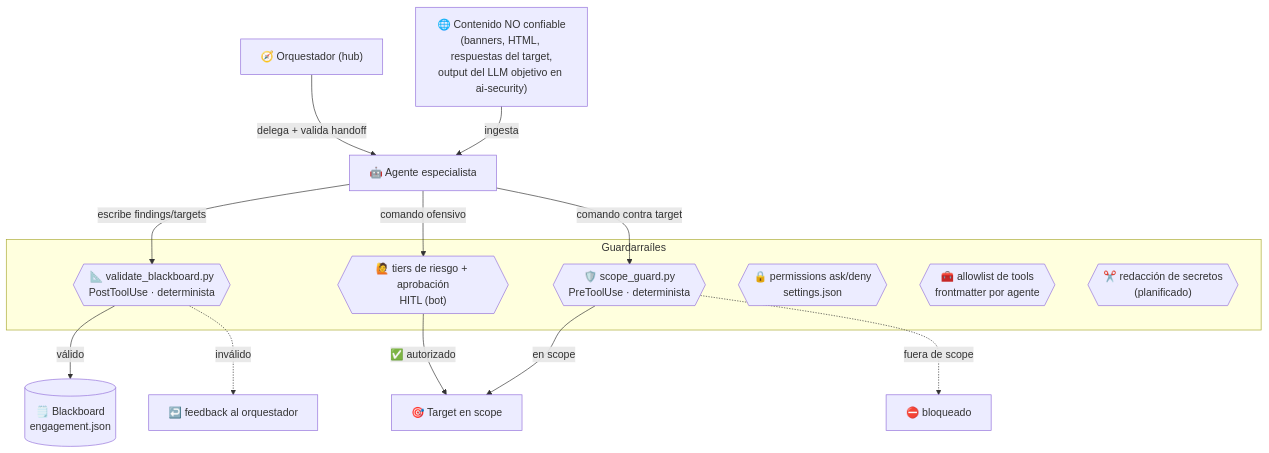
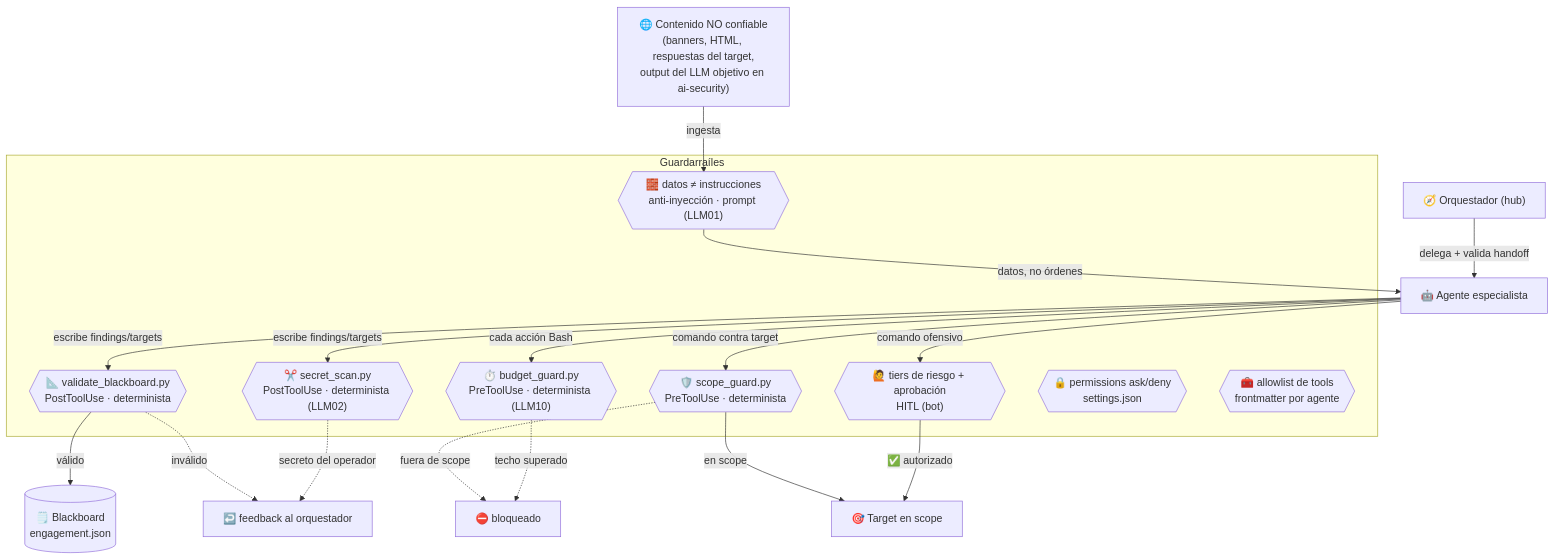
Before and after one commit to devPruebaDataunix/Data-Attack-Offensive-Tools: the diagram in GUARDRAILS.md, drawn with Mermaid. The commit also changed other lines of this file and 39 other files, not shown here.

````diff
--- a/GUARDRAILS.md
+++ b/GUARDRAILS.md
@@ -18,29 +18,36 @@
 ```mermaid
 flowchart TB
     UNTRUSTED["🌐 Contenido NO confiable<br/>(banners, HTML, respuestas del target,<br/>output del LLM objetivo en ai-security)"]
     AGENT["🤖 Agente especialista"]
     ORQ["🧭 Orquestador (hub)"]
     BB[("🗒️ Blackboard<br/>engagement.json")]
     TARGET["🎯 Target en scope"]
 
-    UNTRUSTED -->|ingesta| AGENT
+    UNTRUSTED -->|ingesta| G_INJECT
+    G_INJECT -->|datos, no órdenes| AGENT
     ORQ -->|delega + valida handoff| AGENT
     AGENT -->|escribe findings/targets| G_SCHEMA
+    AGENT -->|escribe findings/targets| G_REDACT
+    AGENT -->|cada acción Bash| G_BUDGET
     AGENT -->|comando contra target| G_SCOPE
     AGENT -->|comando ofensivo| G_HITL
 
     subgraph GATES["Guardarraíles"]
+        G_INJECT{{"🧱 datos ≠ instrucciones<br/>anti-inyección · prompt (LLM01)"}}
         G_SCOPE{{"🛡️ scope_guard.py<br/>PreToolUse · determinista"}}
+        G_BUDGET{{"⏱️ budget_guard.py<br/>PreToolUse · determinista (LLM10)"}}
         G_HITL{{"🙋 tiers de riesgo + aprobación<br/>HITL (bot)"}}
         G_PERM{{"🔒 permissions ask/deny<br/>settings.json"}}
         G_TOOLS{{"🧰 allowlist de tools<br/>frontmatter por agente"}}
         G_SCHEMA{{"📐 validate_blackboard.py<br/>PostToolUse · determinista"}}
-        G_REDACT{{"✂️ redacción de secretos<br/>(planificado)"}}
+        G_REDACT{{"✂️ secret_scan.py<br/>PostToolUse · determinista (LLM02)"}}
     end
 
     G_SCOPE -->|en scope| TARGET
     G_SCOPE -.->|fuera de scope| BLOCK["⛔ bloqueado"]
+    G_BUDGET -.->|techo superado| BLOCK
     G_HITL -->|✅ autorizado| TARGET
     G_SCHEMA -->|válido| BB
     G_SCHEMA -.->|inválido| FIX["↩️ feedback al orquestador"]
+    G_REDACT -.->|secreto del operador| FIX
 ```
````
